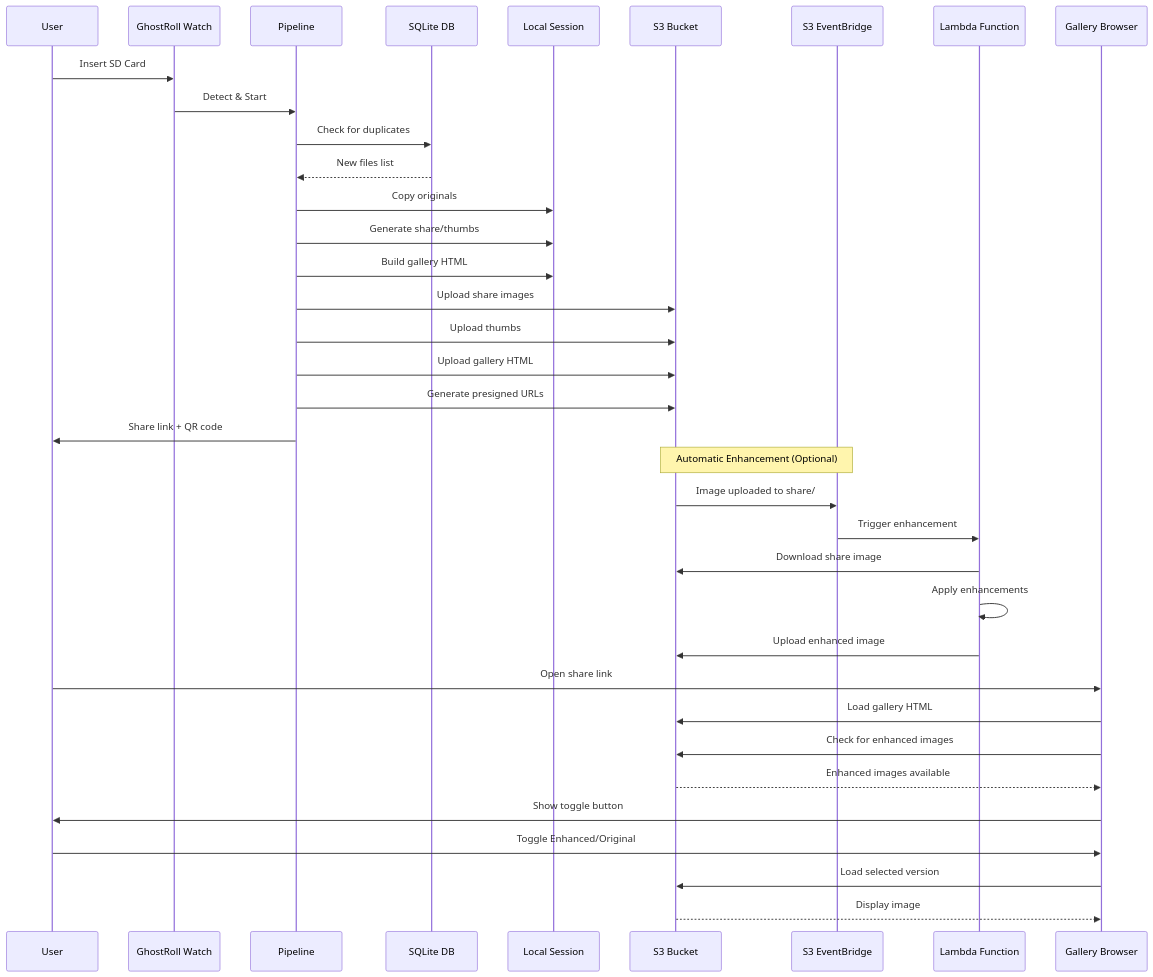
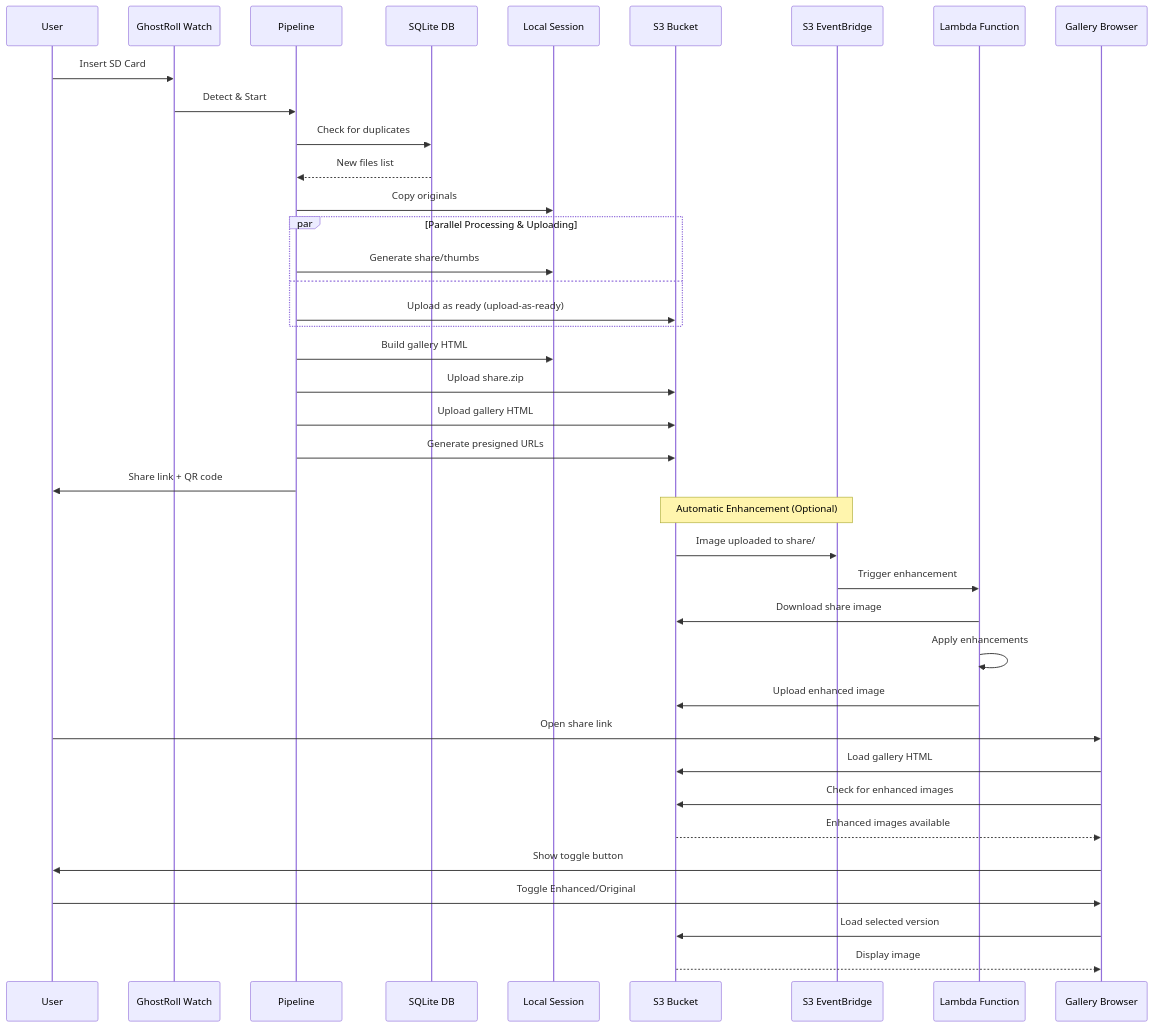
Before and after one commit to samjhill/ghostroll: the second of 2 diagrams in docs/how-it-works-high-level.md, drawn with Mermaid. The commit also changed other lines of this file and 2 other files, not shown here.

First line of the commit message:
docs: update documentation for parallel processing feature

````diff
--- a/docs/how-it-works-high-level.md
+++ b/docs/how-it-works-high-level.md
@@ -206,41 +206,44 @@
 ```mermaid
 sequenceDiagram
     participant User
     participant Watch as GhostRoll Watch
     participant Pipeline
     participant DB as SQLite DB
     participant LocalFS as Local Session
     participant S3 as S3 Bucket
     participant EventBridge as S3 EventBridge
     participant Lambda as Lambda Function
     participant Gallery as Gallery Browser
     
     User->>Watch: Insert SD Card
     Watch->>Pipeline: Detect & Start
     Pipeline->>DB: Check for duplicates
     DB-->>Pipeline: New files list
     Pipeline->>LocalFS: Copy originals
-    Pipeline->>LocalFS: Generate share/thumbs
+    par Parallel Processing & Uploading
+        Pipeline->>LocalFS: Generate share/thumbs
+    and
+        Pipeline->>S3: Upload as ready (upload-as-ready)
+    end
     Pipeline->>LocalFS: Build gallery HTML
-    Pipeline->>S3: Upload share images
-    Pipeline->>S3: Upload thumbs
+    Pipeline->>S3: Upload share.zip
     Pipeline->>S3: Upload gallery HTML
     Pipeline->>S3: Generate presigned URLs
     Pipeline->>User: Share link + QR code
     
     Note over S3,EventBridge: Automatic Enhancement (Optional)
     S3->>EventBridge: Image uploaded to share/
     EventBridge->>Lambda: Trigger enhancement
     Lambda->>S3: Download share image
     Lambda->>Lambda: Apply enhancements
     Lambda->>S3: Upload enhanced image
     
     User->>Gallery: Open share link
     Gallery->>S3: Load gallery HTML
     Gallery->>S3: Check for enhanced images
     S3-->>Gallery: Enhanced images available
     Gallery->>User: Show toggle button
     User->>Gallery: Toggle Enhanced/Original
     Gallery->>S3: Load selected version
     S3-->>Gallery: Display image
 ```
````
